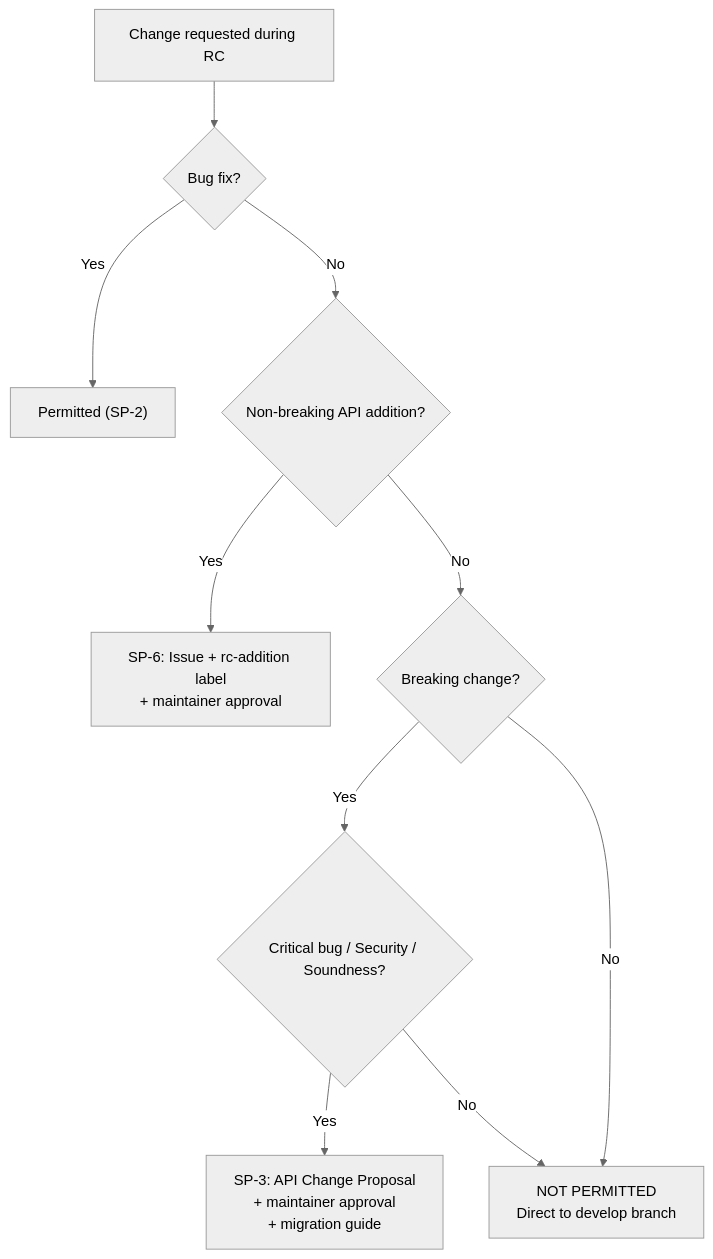
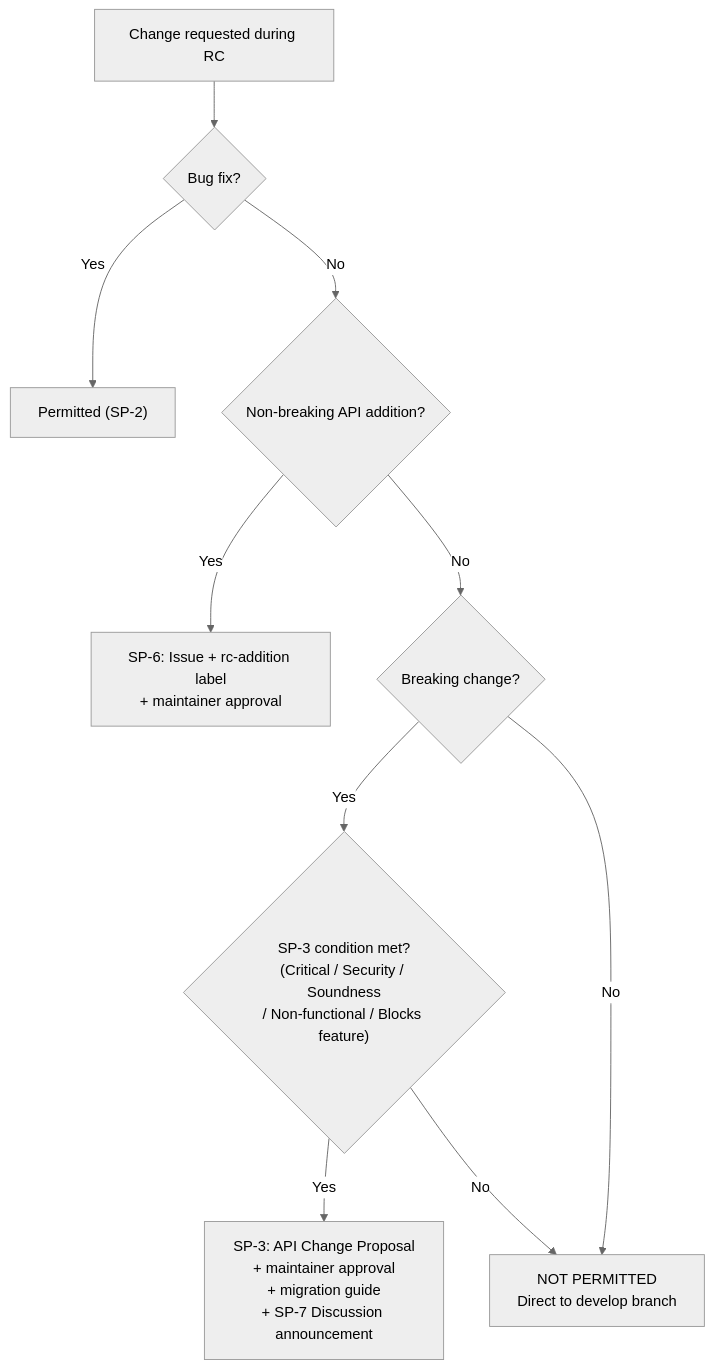
One commit to kent8192/reinhardt-web changed the second of 5 diagrams in instructions/STABILITY_POLICY.md. Above: the diagram before and after it, drawn with Mermaid (neutral theme). The commit also changed other lines of this file and 2110 other files, not shown here.

````diff
--- a/instructions/STABILITY_POLICY.md
+++ b/instructions/STABILITY_POLICY.md
@@ -120,12 +166,12 @@
 ```mermaid
 flowchart TD
     A[Change requested during RC] --> B{Bug fix?}
     B -->|Yes| C["Permitted (SP-2)"]
     B -->|No| D{Non-breaking API addition?}
     D -->|Yes| E["SP-6: Issue + rc-addition label<br/>+ maintainer approval"]
     D -->|No| F{Breaking change?}
-    F -->|Yes| G{Critical bug / Security / Soundness?}
-    G -->|Yes| H["SP-3: API Change Proposal<br/>+ maintainer approval<br/>+ migration guide"]
+    F -->|Yes| G{"SP-3 condition met?<br/>(Critical / Security / Soundness<br/>/ Non-functional / Blocks feature)"}
+    G -->|Yes| H["SP-3: API Change Proposal<br/>+ maintainer approval<br/>+ migration guide<br/>+ SP-7 Discussion announcement"]
     G -->|No| I["NOT PERMITTED<br/>Direct to develop branch"]
     F -->|No| I
 ```
````
